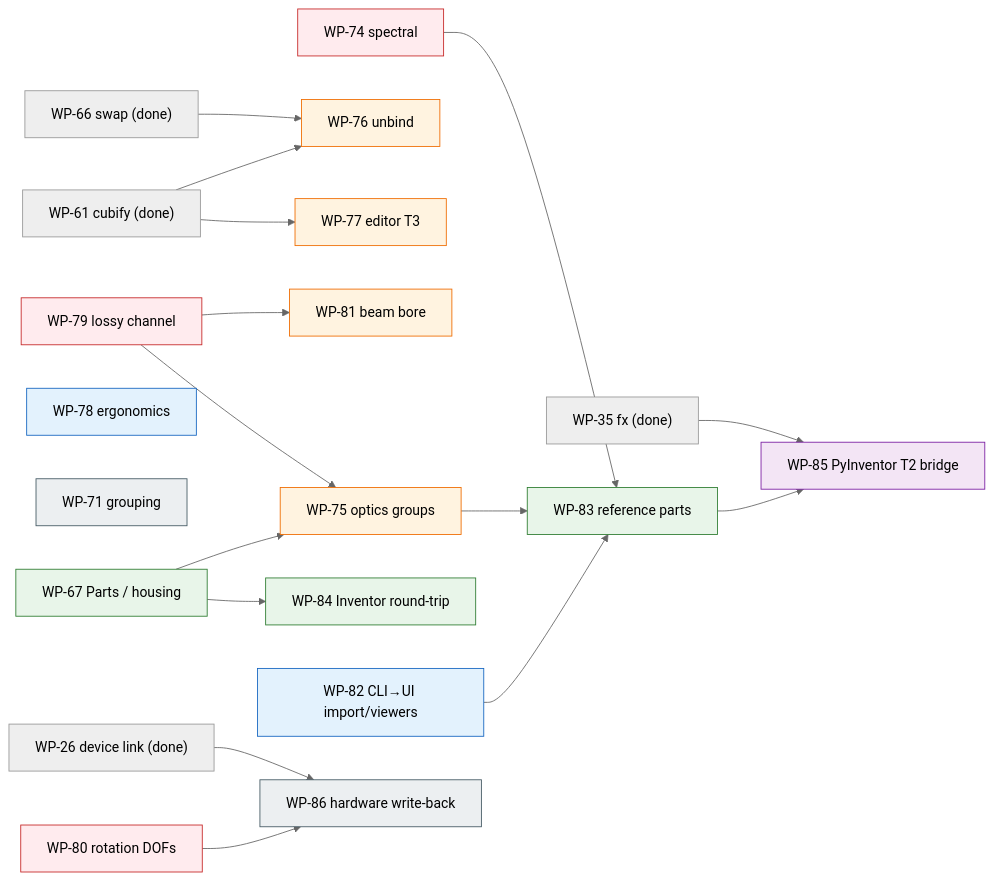
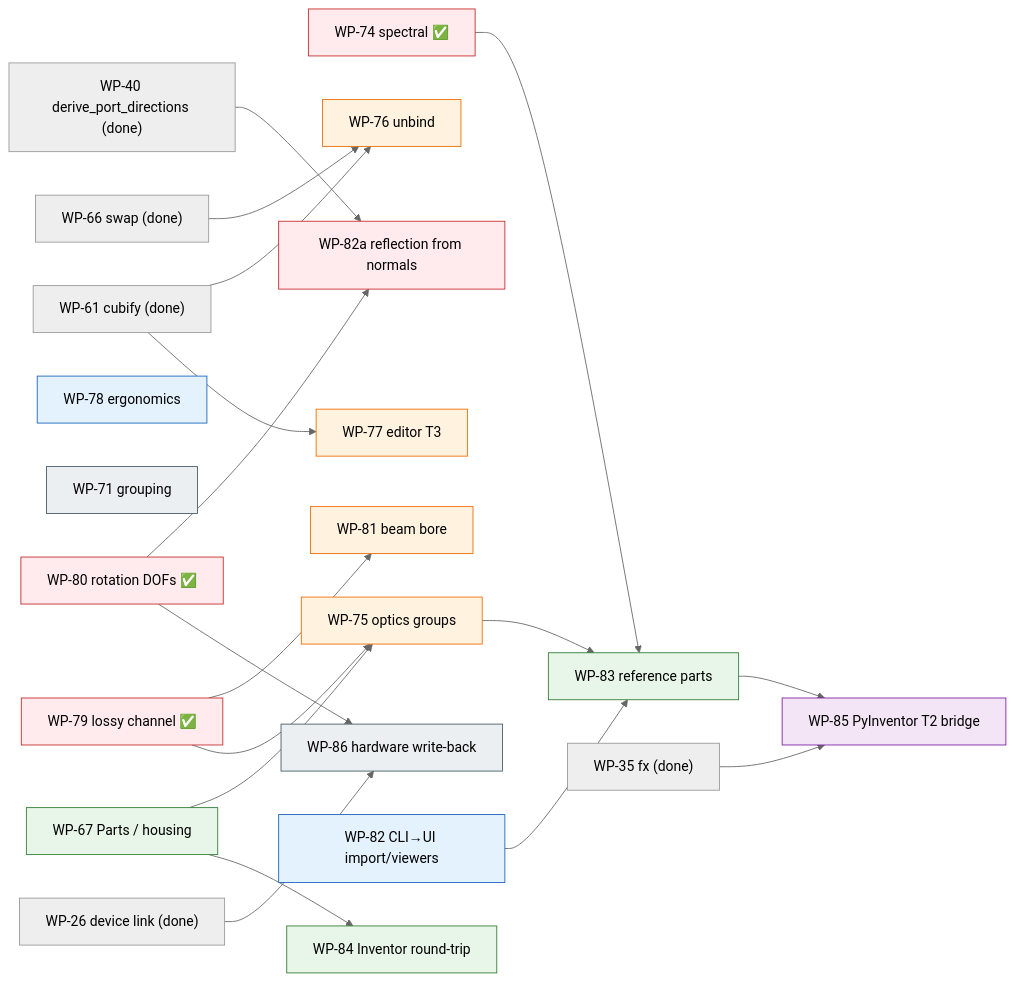
Before and after one commit to openUC2/openUC2-OptiKit: the second of 2 diagrams in DOCS/kicad-for-optics-roadmap.md, drawn with Mermaid (neutral theme). The commit also changed other lines of this file and 2 other files, not shown here.

````diff
--- a/DOCS/kicad-for-optics-roadmap.md
+++ b/DOCS/kicad-for-optics-roadmap.md
@@ -361,44 +376,47 @@
 ```mermaid
 flowchart LR
   classDef p1 fill:#ffebee,stroke:#c62828
   classDef p2 fill:#fff3e0,stroke:#ef6c00
   classDef p3 fill:#e8f5e9,stroke:#2e7d32
   classDef p4 fill:#e3f2fd,stroke:#1565c0
   classDef p5 fill:#f3e5f5,stroke:#7b1fa2
   classDef p6 fill:#eceff1,stroke:#455a64
 
-  WP74["WP-74 spectral"]:::p1
-  WP79["WP-79 lossy channel"]:::p1
-  WP80["WP-80 rotation DOFs"]:::p1
+  WP74["WP-74 spectral ✅"]:::p1
+  WP79["WP-79 lossy channel ✅"]:::p1
+  WP80["WP-80 rotation DOFs ✅"]:::p1
+  WP82a["WP-82a reflection from normals"]:::p1
 
   WP76["WP-76 unbind"]:::p2
   WP77["WP-77 editor T3"]:::p2
   WP81["WP-81 beam bore"]:::p2
   WP75["WP-75 optics groups"]:::p2
 
   WP67["WP-67 Parts / housing"]:::p3
   WP83["WP-83 reference parts"]:::p3
   WP84["WP-84 Inventor round-trip"]:::p3
 
   WP82["WP-82 CLI→UI import/viewers"]:::p4
   WP78["WP-78 ergonomics"]:::p4
 
   WP85["WP-85 PyInventor T2 bridge"]:::p5
   WP71["WP-71 grouping"]:::p6
   WP86["WP-86 hardware write-back"]:::p6
 
+  WP80 --> WP82a
+  WP40["WP-40 derive_port_directions (done)"] --> WP82a
   WP79 --> WP81
   WP79 --> WP75
   WP74 --> WP83
   WP75 --> WP83
   WP67 --> WP75
   WP66["WP-66 swap (done)"] --> WP76
   WP61["WP-61 cubify (done)"] --> WP76
   WP61 --> WP77
   WP67 --> WP84
   WP82 --> WP83
   WP26["WP-26 device link (done)"] --> WP86
   WP80 --> WP86
   WP35["WP-35 fx (done)"] --> WP85
   WP83 --> WP85
 ```
````
